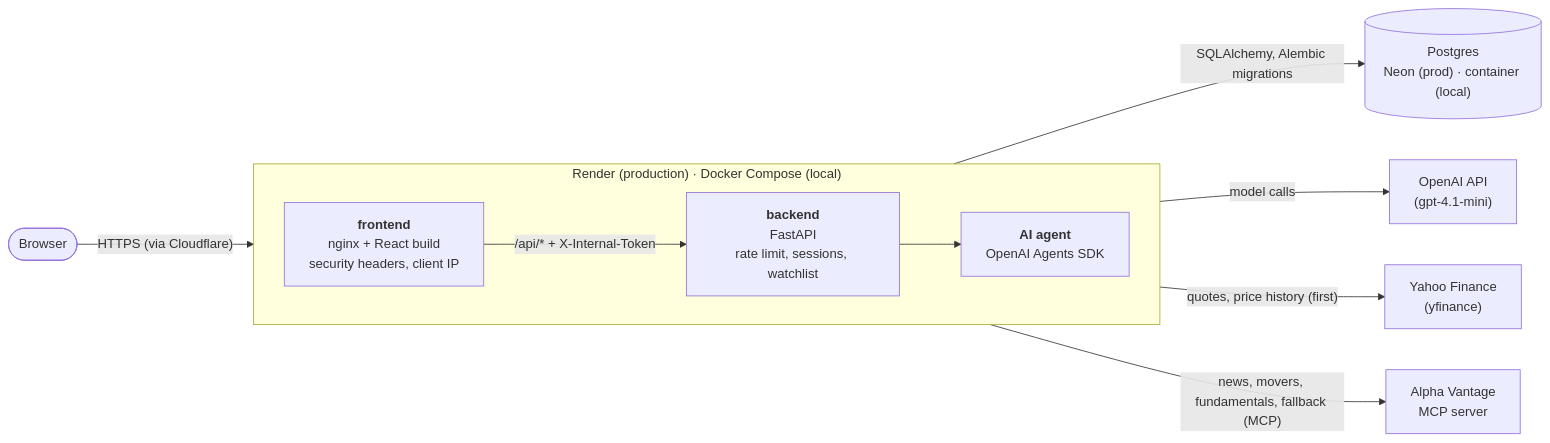
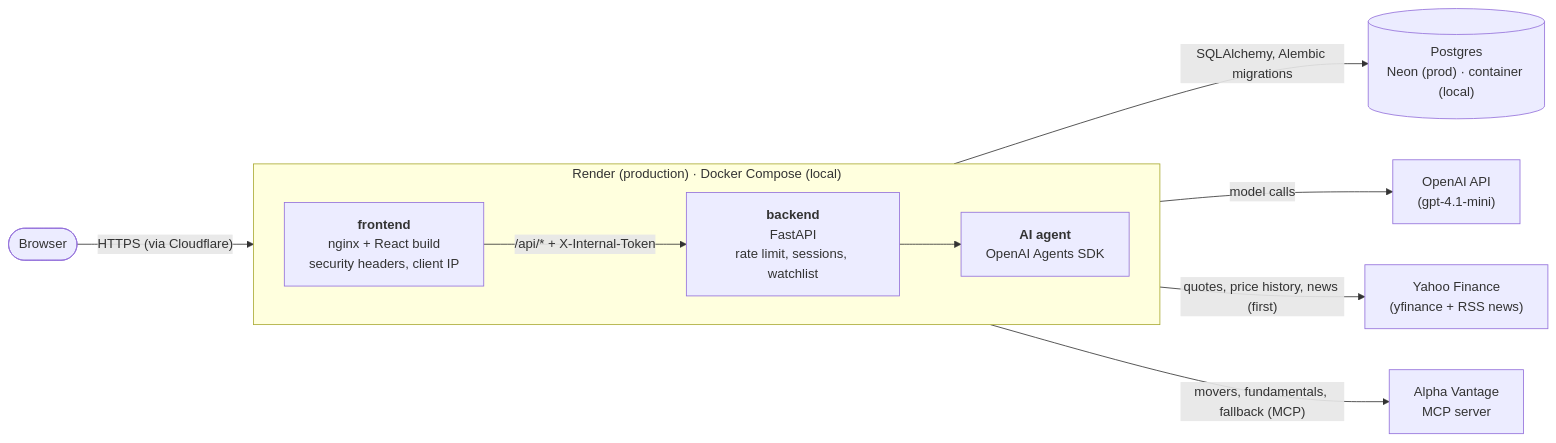
Before and after one commit to Crooked-Cat-Tail-Software/stock-assistant: the first of 2 diagrams in README.md, drawn with Mermaid. The commit also changed other lines of this file and 11 other files, not shown here.

First line of the commit message:
Get news from Yahoo Finance RSS first, Alpha Vantage as fallback

````diff
--- a/README.md
+++ b/README.md
@@ -49,24 +49,24 @@
 ```mermaid
 flowchart LR
     user([Browser])
 
     subgraph render["Render (production) · Docker Compose (local)"]
         direction LR
         web["<b>frontend</b><br/>nginx + React build<br/>security headers, client IP"]
         api["<b>backend</b><br/>FastAPI<br/>rate limit, sessions, watchlist"]
         agent["<b>AI agent</b><br/>OpenAI Agents SDK"]
     end
 
     db[("Postgres<br/>Neon (prod) · container (local)")]
     openai["OpenAI API<br/>(gpt-4.1-mini)"]
-    yahoo["Yahoo Finance<br/>(yfinance)"]
+    yahoo["Yahoo Finance<br/>(yfinance + RSS news)"]
     mcp["Alpha Vantage<br/>MCP server"]
 
     user -- "HTTPS (via Cloudflare)" --> web
     web -- "/api/* + X-Internal-Token" --> api
     api --> agent
     api -- "SQLAlchemy, Alembic migrations" --> db
     agent -- "model calls" --> openai
-    agent -- "quotes, price history (first)" --> yahoo
-    agent -- "news, movers, fundamentals, fallback (MCP)" --> mcp
+    agent -- "quotes, price history, news (first)" --> yahoo
+    agent -- "movers, fundamentals, fallback (MCP)" --> mcp
 ```
````
